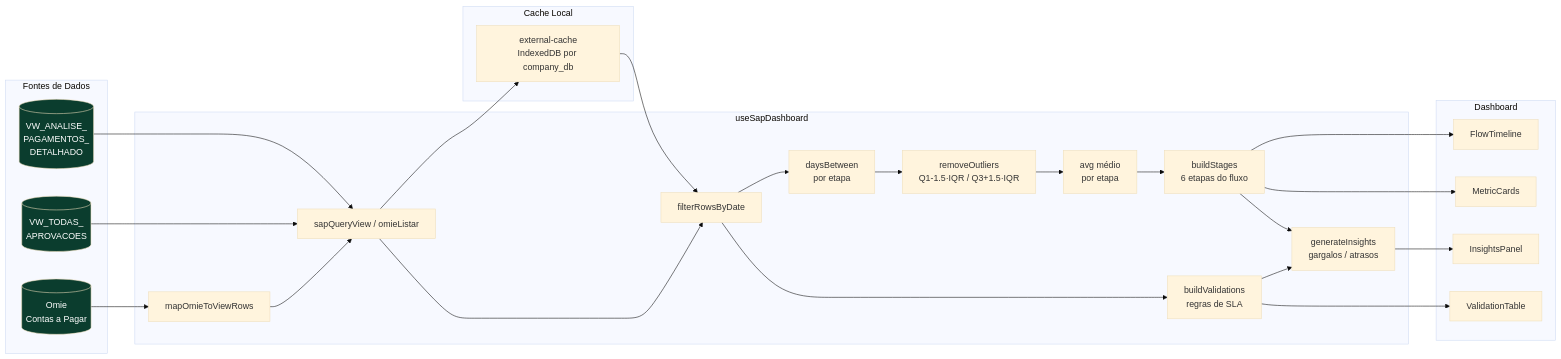
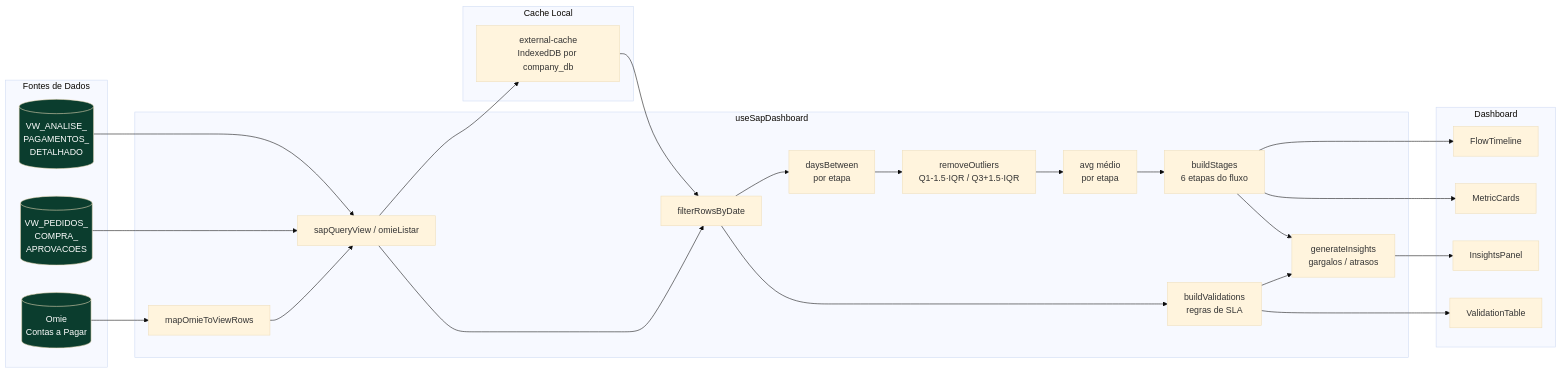
One commit to matheusmoreira-bit/erp-smart-stream changed the diagram in docs/diagramas/04-resumo-tempos.mmd. Above: the diagram before and after it, drawn with Mermaid (base theme).

```diff
--- a/docs/diagramas/04-resumo-tempos.mmd
+++ b/docs/diagramas/04-resumo-tempos.mmd
@@ -1,47 +1,47 @@
 flowchart LR
     subgraph Fontes["Fontes de Dados"]
         VPay[(VW_ANALISE_<br/>PAGAMENTOS_<br/>DETALHADO)]
-        VAppr[(VW_TODAS_<br/>APROVACOES)]
+        VAppr[(VW_PEDIDOS_<br/>COMPRA_<br/>APROVACOES)]
         OMIE[(Omie<br/>Contas a Pagar)]
     end
 
     subgraph Cache["Cache Local"]
         LC[external-cache<br/>IndexedDB por company_db]
     end
 
     subgraph Hook["useSapDashboard"]
         Fetch[sapQueryView / omieListar]
         Map[mapOmieToViewRows]
         Filter[filterRowsByDate]
         Days[daysBetween<br/>por etapa]
         IQR[removeOutliers<br/>Q1-1.5·IQR / Q3+1.5·IQR]
         Avg[avg médio<br/>por etapa]
         Stages[buildStages<br/>6 etapas do fluxo]
         Val[buildValidations<br/>regras de SLA]
         Ins[generateInsights<br/>gargalos / atrasos]
     end
 
     subgraph UI["Dashboard"]
         FT[FlowTimeline]
         MC[MetricCards]
         IP[InsightsPanel]
         VT[ValidationTable]
     end
 
     VPay --> Fetch
     VAppr --> Fetch
     OMIE --> Map --> Fetch
     Fetch --> LC
     LC --> Filter
     Fetch --> Filter
     Filter --> Days --> IQR --> Avg --> Stages
     Filter --> Val
     Stages --> Ins
     Val --> Ins
     Stages --> FT
     Stages --> MC
     Val --> VT
     Ins --> IP
 
     classDef src fill:#0b3d2e,color:#fff
     class VPay,VAppr,OMIE src
```
